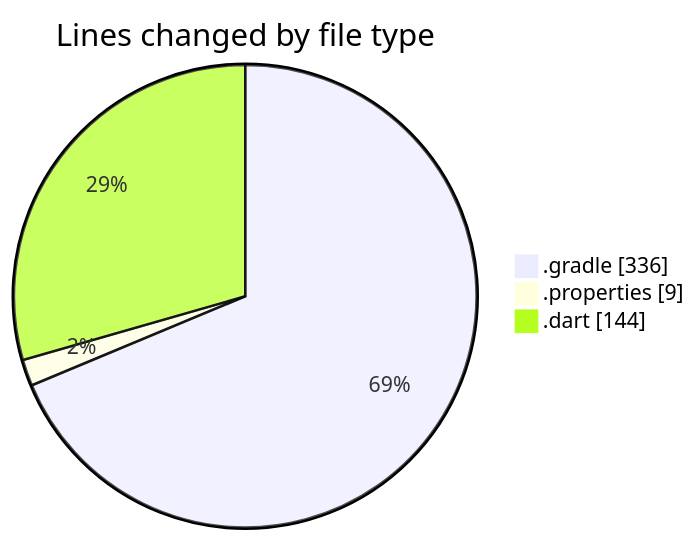
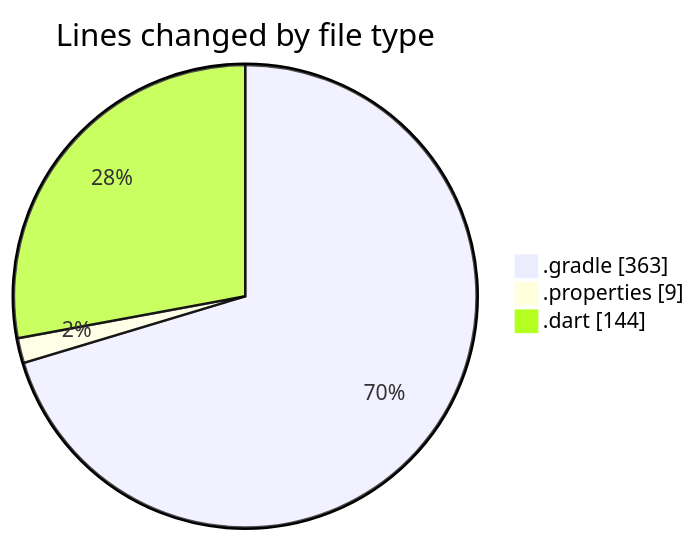
The first of 2 diagrams in 2025-02-16/trackers_app/README.md (donsfak/code-tracking), drawn with Mermaid before and after one commit. The commit also changed other lines of this file and 1 other file, not shown here.

````diff
--- a/2025-02-16/trackers_app/README.md
+++ b/2025-02-16/trackers_app/README.md
@@ -23,7 +24,7 @@
 ```mermaid
 pie showData
 title Lines changed by file type
-".gradle" : 336
+".gradle" : 363
 ".properties" : 9
 ".dart" : 144
 ```
````
